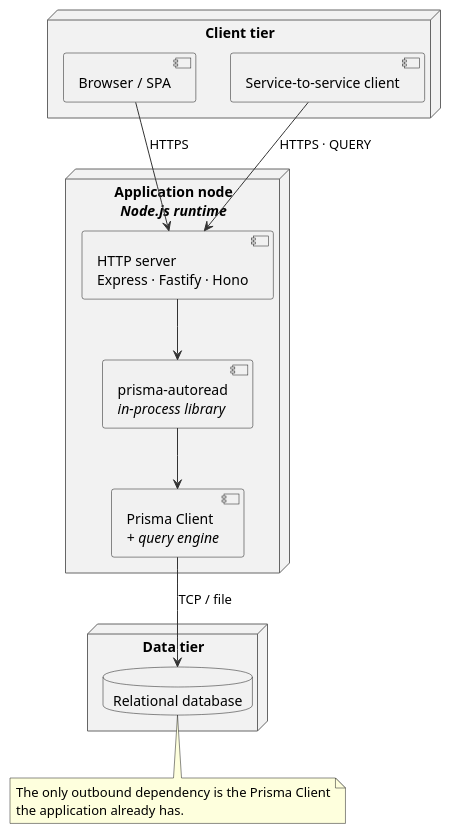
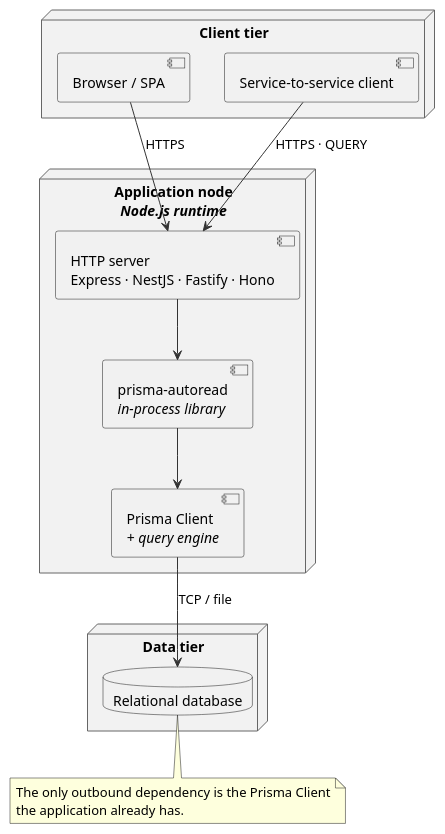
One commit to didactika/prisma-autoread changed the diagram in docs/diagrams/puml/deployment.puml. Above: the diagram before and after it, drawn with PlantUML. The commit also changed 10 other files, not shown here.

```diff
--- a/docs/diagrams/puml/deployment.puml
+++ b/docs/diagrams/puml/deployment.puml
@@ -1,36 +1,36 @@
 @startuml deployment
 ' The library adds no process, port or network hop.
 skinparam shadowing false
 skinparam backgroundColor white
 skinparam node {
   BackgroundColor #F2F2F2
   BorderColor #666666
 }
 skinparam ArrowColor #333333
 
 node "Client tier" {
   component "Browser / SPA"           as browser
   component "Service-to-service client" as service
 }
 
 node "Application node\n<i>Node.js runtime</i>" {
-  component "HTTP server\nExpress · Fastify · Hono" as server
+  component "HTTP server\nExpress · NestJS · Fastify · Hono" as server
   component "prisma-autoread\n<i>in-process library</i>" as lib
   component "Prisma Client\n<i>+ query engine</i>"      as prisma
 }
 
 node "Data tier" {
   database "Relational database" as db
 }
 
 browser --> server : HTTPS
 service --> server : HTTPS · QUERY
 server  --> lib
 lib     --> prisma
 prisma  --> db : TCP / file
 
 note bottom
   The only outbound dependency is the Prisma Client
   the application already has.
 end note
 @enduml
```
